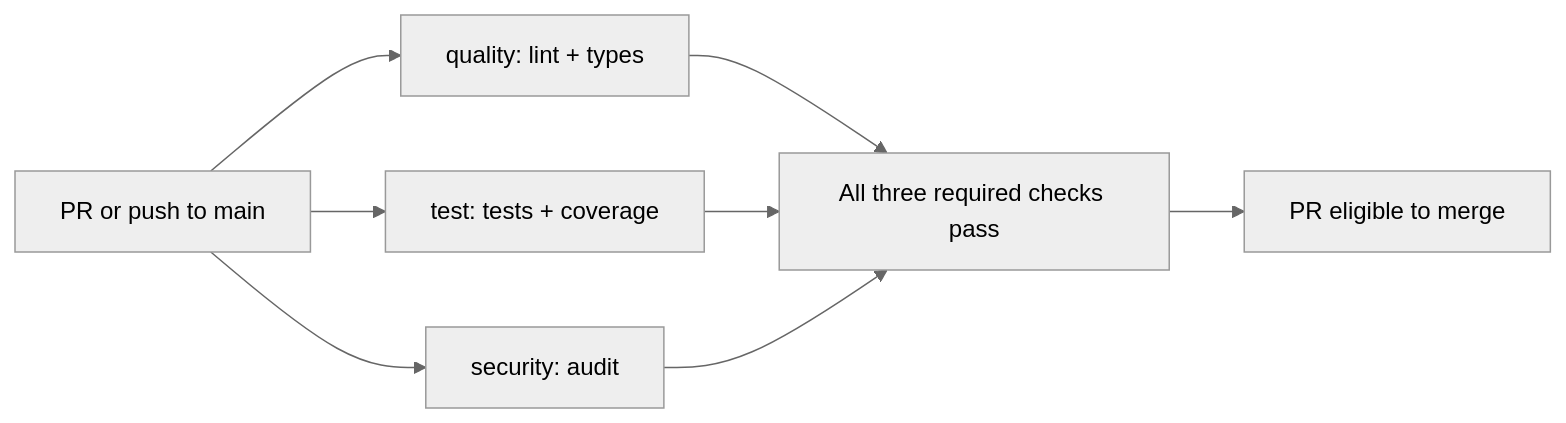
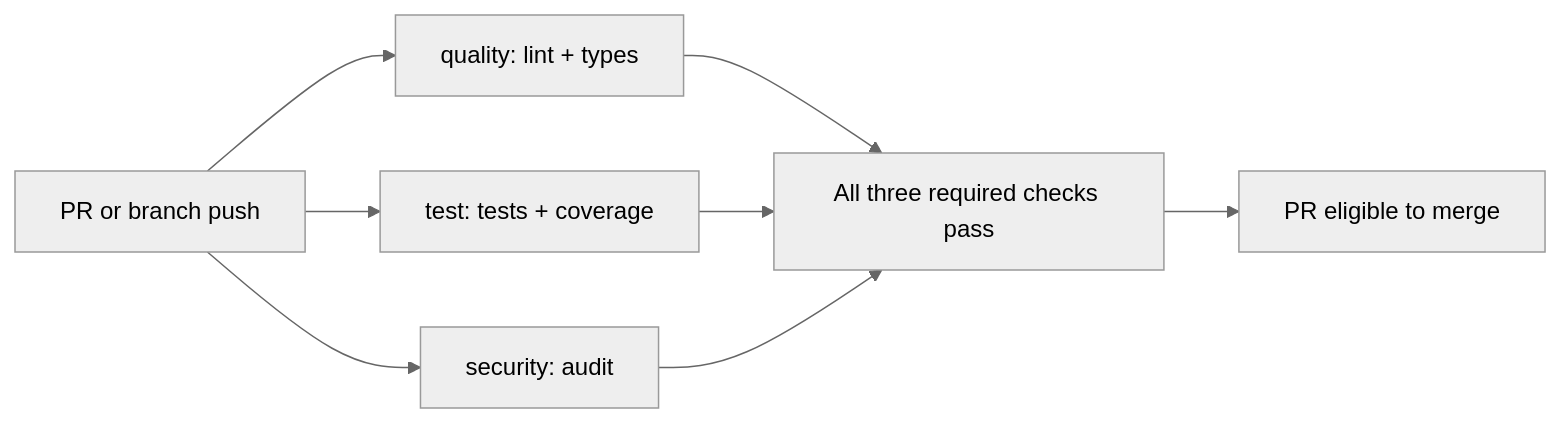
The diagram in docs/ci.md (Karlo93/doc-insight), drawn with Mermaid (neutral theme) before and after one commit. The commit also changed other lines of this file and 115 other files, not shown here.

````diff
--- a/docs/ci.md
+++ b/docs/ci.md
@@ -6,10 +6,10 @@
 ```mermaid
 flowchart LR
-    trigger[PR or push to main] --> quality[quality: lint + types]
+    trigger[PR or branch push] --> quality[quality: lint + types]
     trigger --> test[test: tests + coverage]
     trigger --> security[security: audit]
     quality --> required[All three required checks pass]
     test --> required
     security --> required
     required --> merge[PR eligible to merge]
 ```
````
